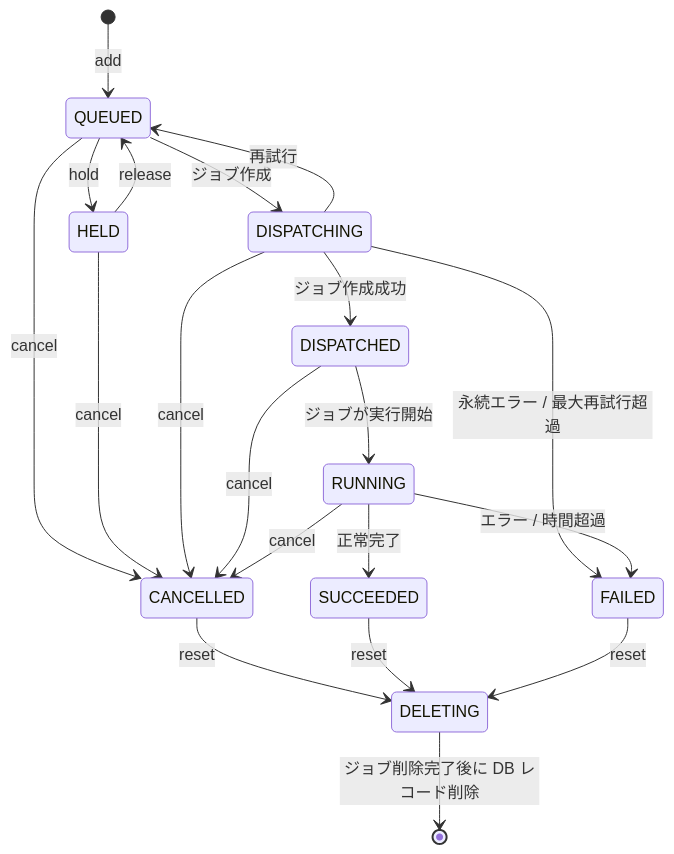
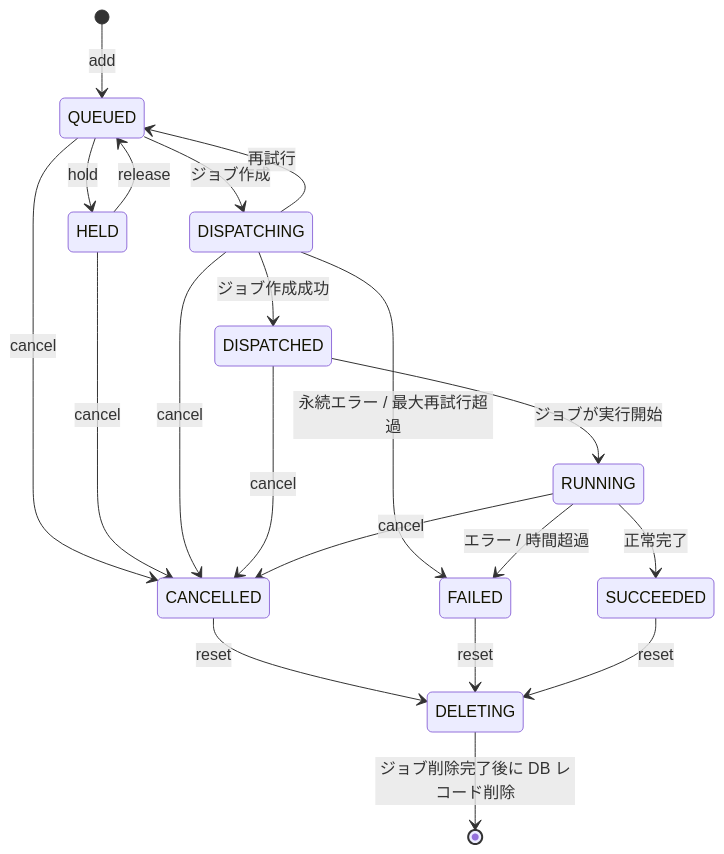
Before and after one commit to Shu-Tanaka-Group/research-cluster-job-system: the diagram in README.md, drawn with Mermaid. The commit also changed other lines of this file, not shown here.

Commit message:
Swap SUCCEEDED and FAILED order in Mermaid diagram (#86)

````diff
--- a/README.md
+++ b/README.md
@@ -274,29 +274,29 @@
 ```mermaid
 stateDiagram-v2
     [*] --> QUEUED : add
 
     QUEUED --> CANCELLED : cancel
     QUEUED --> HELD : hold
     QUEUED --> DISPATCHING : ジョブ作成
 
     HELD --> CANCELLED : cancel
     HELD --> QUEUED : release
 
     DISPATCHING --> CANCELLED : cancel
     DISPATCHING --> DISPATCHED : ジョブ作成成功
     DISPATCHING --> QUEUED : 再試行
     DISPATCHING --> FAILED : 永続エラー / 最大再試行超過
 
     DISPATCHED --> CANCELLED : cancel
     DISPATCHED --> RUNNING : ジョブが実行開始
 
     RUNNING --> CANCELLED : cancel
+    RUNNING --> FAILED : エラー / 時間超過
     RUNNING --> SUCCEEDED : 正常完了
-    RUNNING --> FAILED : エラー / 時間超過
 
     CANCELLED --> DELETING : reset
+    FAILED --> DELETING : reset
     SUCCEEDED --> DELETING : reset
-    FAILED --> DELETING : reset
 
     DELETING --> [*] : ジョブ削除完了後に DB レコード削除
 ```
````
